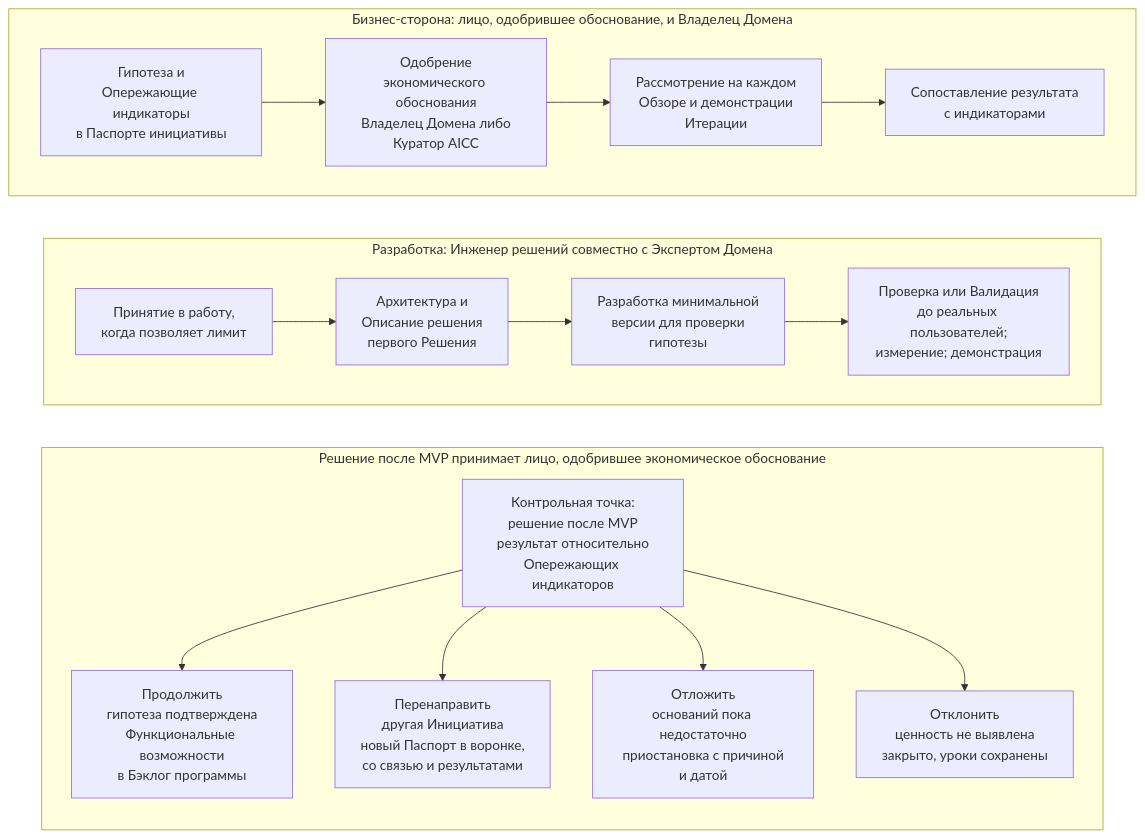
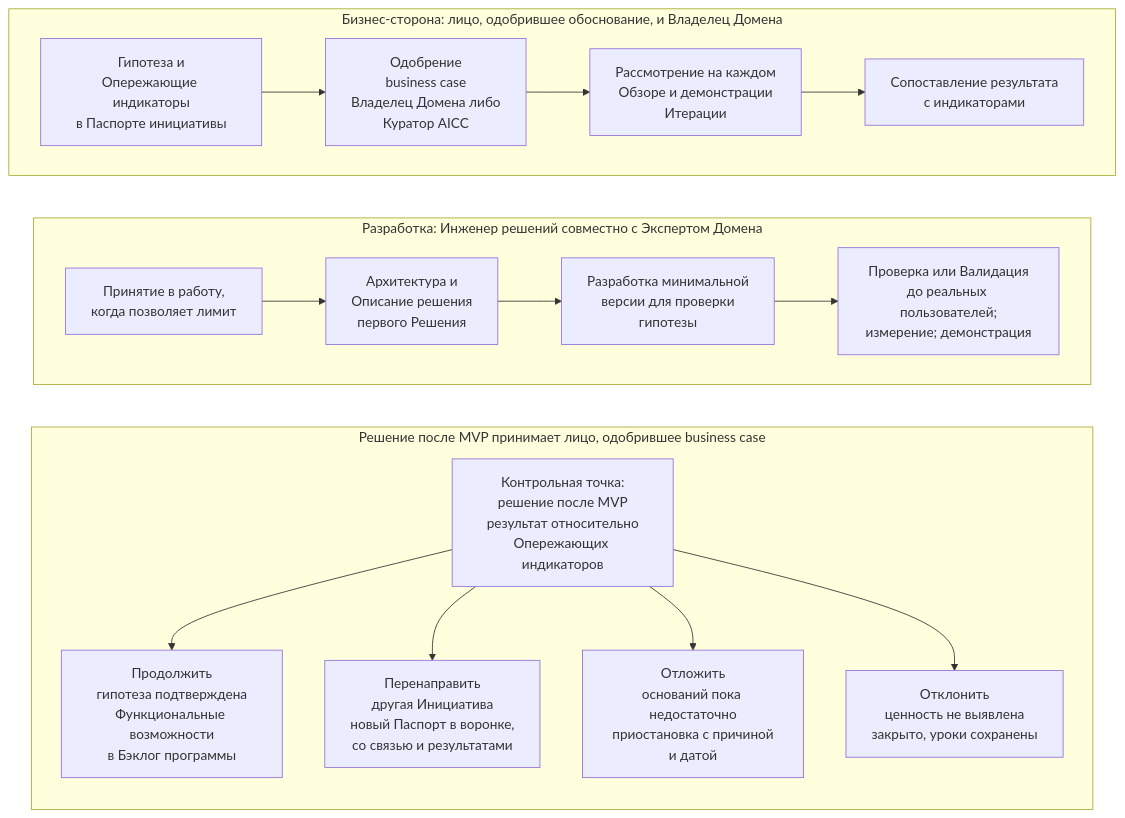
Before and after one commit to devhogu/ob-aicc: the diagram in portal/content/ru/portfolio/the-business-case-and-the-mvp.md, drawn with Mermaid. The commit also changed other lines of this file and 768 other files, not shown here.

````diff
--- a/portal/content/ru/portfolio/the-business-case-and-the-mvp.md
+++ b/portal/content/ru/portfolio/the-business-case-and-the-mvp.md
@@ -39,24 +39,24 @@
 ```mermaid
 flowchart TB
   subgraph BUS["Бизнес-сторона: лицо, одобрившее обоснование, и Владелец Домена"]
     direction LR
-    B1["Гипотеза и<br/>Опережающие индикаторы<br/>в Паспорте инициативы"] --> B2["Одобрение<br/>экономического обоснования<br/>Владелец Домена либо<br/>Куратор AICC"]
+    B1["Гипотеза и<br/>Опережающие индикаторы<br/>в Паспорте инициативы"] --> B2["Одобрение<br/>business case<br/>Владелец Домена либо<br/>Куратор AICC"]
     B2 --> B3["Рассмотрение на каждом<br/>Обзоре и демонстрации<br/>Итерации"]
     B3 --> B4["Сопоставление результата<br/>с индикаторами"]
   end
   subgraph DEV["Разработка: Инженер решений совместно с Экспертом Домена"]
     direction LR
     D1["Принятие в работу,<br/>когда позволяет лимит"] --> D2["Архитектура и<br/>Описание решения<br/>первого Решения"]
     D2 --> D3["Разработка минимальной<br/>версии для проверки<br/>гипотезы"]
     D3 --> D4["Проверка или Валидация<br/>до реальных пользователей;<br/>измерение; демонстрация"]
   end
-  subgraph DEC["Решение после MVP принимает лицо, одобрившее экономическое обоснование"]
+  subgraph DEC["Решение после MVP принимает лицо, одобрившее business case"]
     direction TB
     G["Контрольная точка:<br/>решение после MVP<br/>результат относительно<br/>Опережающих индикаторов"] --> C["Продолжить<br/>гипотеза подтверждена<br/>Функциональные возможности<br/>в Бэклог программы"]
     G --> P["Перенаправить<br/>другая Инициатива<br/>новый Паспорт в воронке,<br/>со связью и результатами"]
     G --> F["Отложить<br/>оснований пока недостаточно<br/>приостановка с причиной<br/>и датой"]
     G --> R["Отклонить<br/>ценность не выявлена<br/>закрыто, уроки сохранены"]
   end
   BUS ~~~ DEV
   DEV ~~~ DEC
 ```
````
